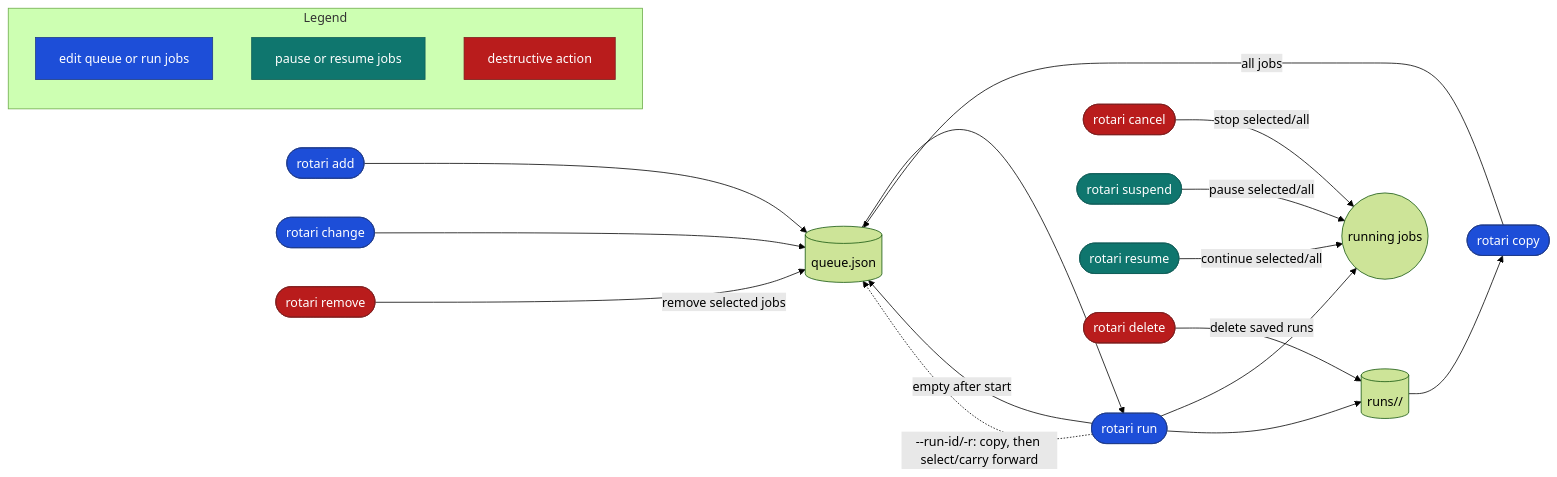
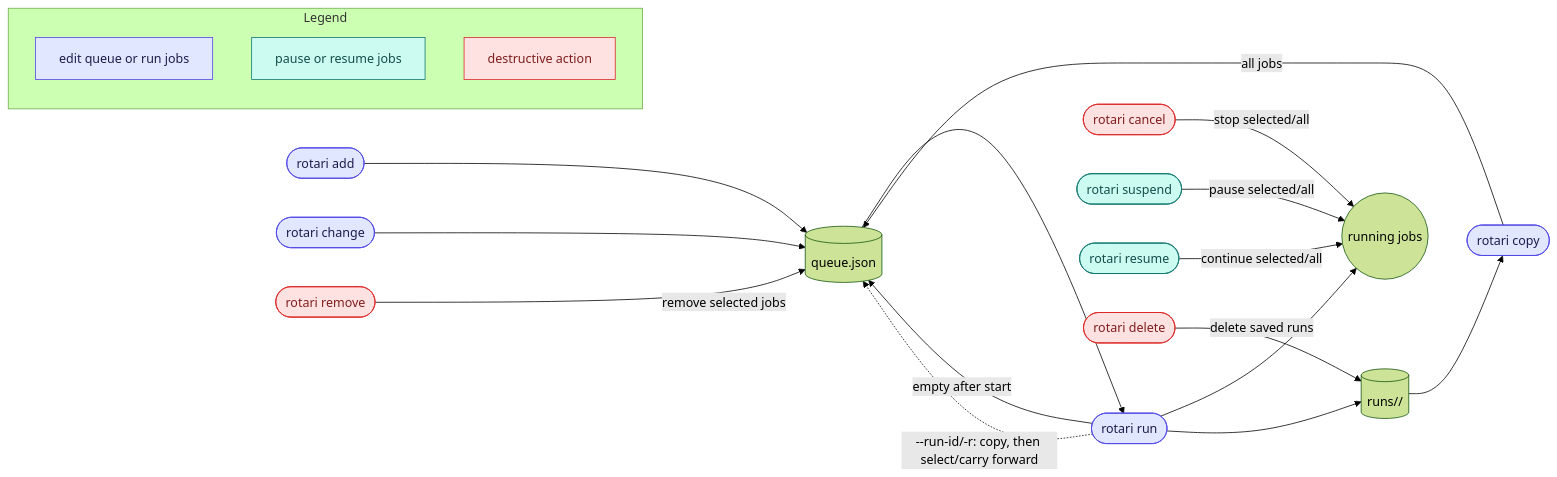
One commit to kamo-naoyuki/rotari changed the third of 3 diagrams in docs/RUNNING.md. Above: the diagram before and after it, drawn with Mermaid (forest theme). The commit also changed other lines of this file and 2 other files, not shown here.

Commit message:
docs: use light backgrounds for mermaid command nodes

````diff
--- a/docs/RUNNING.md
+++ b/docs/RUNNING.md
@@ -620,34 +620,34 @@
 ```mermaid
 flowchart LR
   add([rotari add]) --> queue[(queue.json)]
   change([rotari change]) --> queue
   remove([rotari remove]) -->|remove selected jobs| queue
 
   queue --> run([rotari run])
   run --> active((running jobs))
   run --> history[(runs/<run-id>/)]
   run -->|empty after start| queue
   history --> copy([rotari copy])
   copy -->|all jobs| queue
   run -.->|--run-id/-r: copy, then select/carry forward| queue
   cancel([rotari cancel]) -->|stop selected/all| active
   suspend([rotari suspend]) -->|pause selected/all| active
   resume([rotari resume]) -->|continue selected/all| active
   delete([rotari delete]) -->|delete saved runs| history
 
-  classDef edit fill:#1d4ed8,stroke:#1e3a8a,color:#ffffff
-  classDef control fill:#0f766e,stroke:#115e59,color:#ffffff
-  classDef destructive fill:#b91c1c,stroke:#7f1d1d,color:#ffffff
+  classDef edit fill:#e0e7ff,stroke:#4f46e5,color:#1e1b4b
+  classDef control fill:#ccfbf1,stroke:#0f766e,color:#134e4a
+  classDef destructive fill:#fee2e2,stroke:#dc2626,color:#7f1d1d
   class add,change,run,copy edit
   class suspend,resume control
   class remove,cancel,delete destructive
 
   subgraph legend[Legend]
     legendEdit[edit queue or run jobs]
     legendControl[pause or resume jobs]
     legendDestructive[destructive action]
   end
   class legendEdit edit
   class legendControl control
   class legendDestructive destructive
 ```
````
